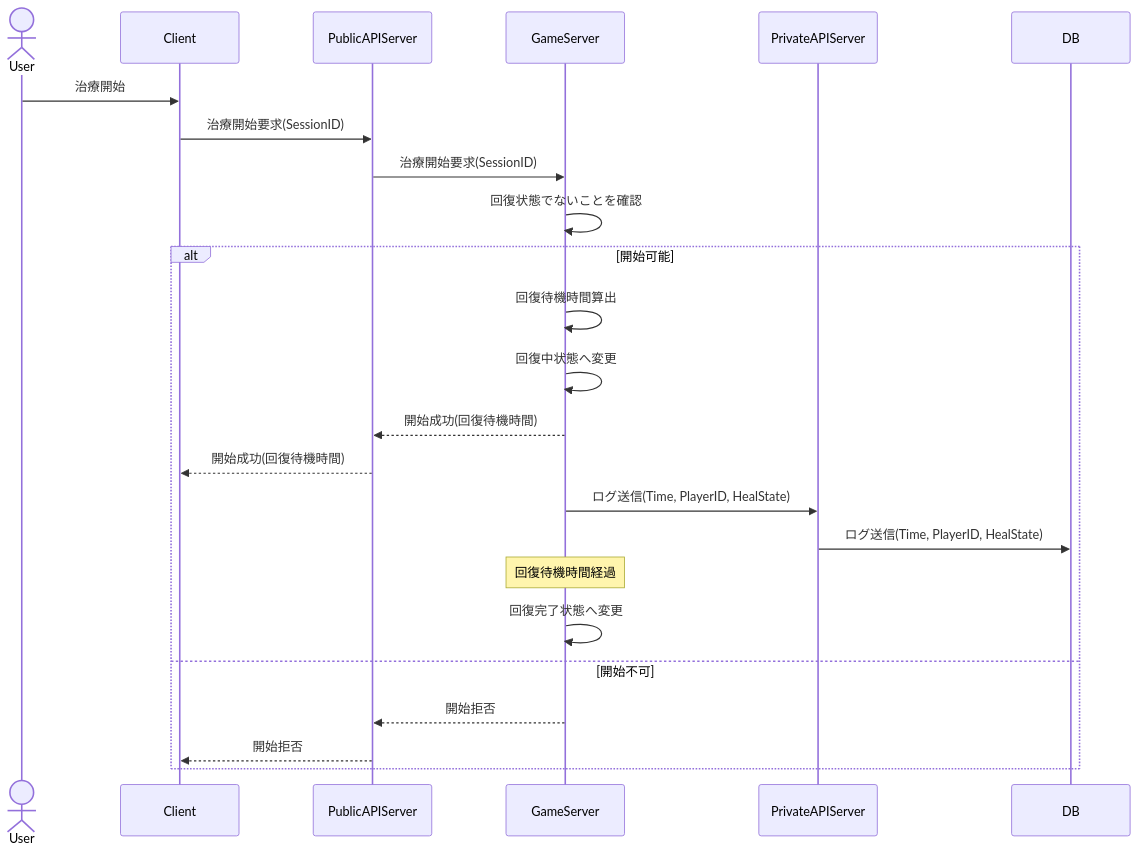
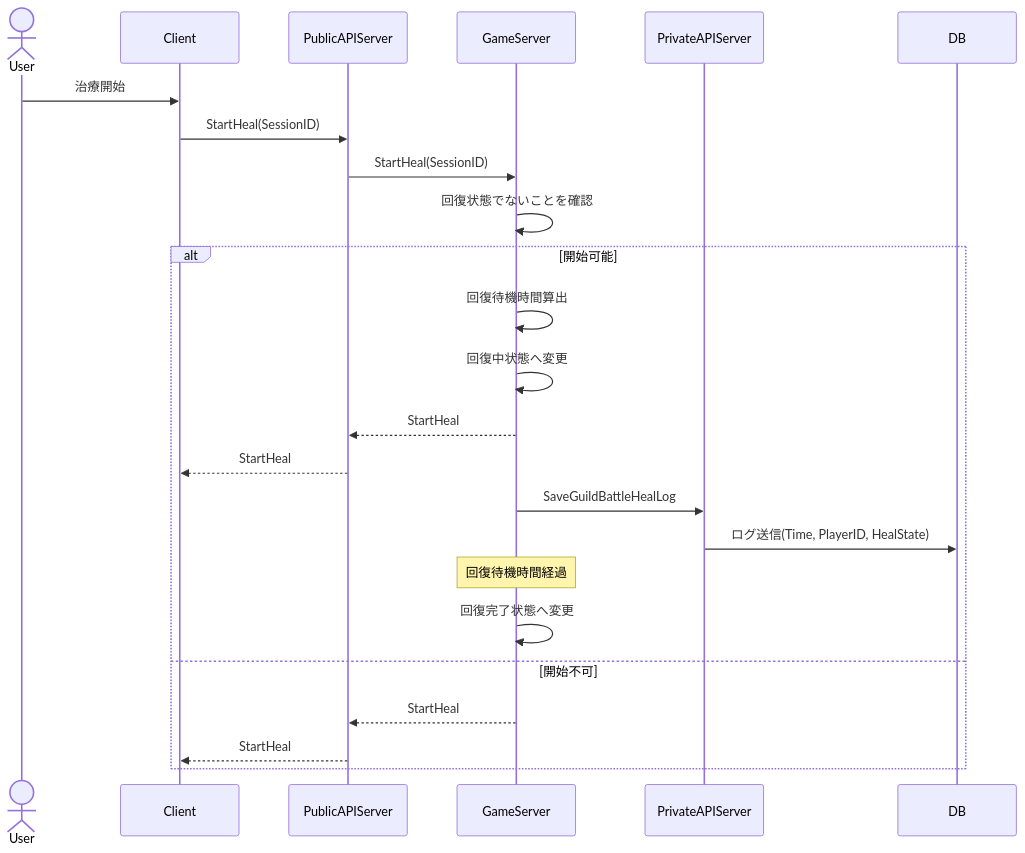
Diagram 11 of 17 in guild_battle.md (ReHydrangeaOdyssey/Specifications), drawn with Mermaid before and after one commit. The commit also changed other lines of this file and 15 other files, not shown here.

````diff
--- a/guild_battle.md
+++ b/guild_battle.md
@@ -781,32 +801,32 @@
 ```mermaid
 sequenceDiagram
     actor User
     participant Client
     participant PublicAPIServer
     participant GameServer
     participant PrivateAPIServer
     participant DB
 
     User->>Client: 治療開始
-    Client->>PublicAPIServer: 治療開始要求(SessionID)
-    PublicAPIServer->>GameServer: 治療開始要求(SessionID)
+    Client->>PublicAPIServer: StartHeal(SessionID)
+    PublicAPIServer->>GameServer: StartHeal(SessionID)
 
     GameServer->>GameServer: 回復状態でないことを確認
 
     alt 開始可能
         GameServer->>GameServer: 回復待機時間算出
         GameServer->>GameServer: 回復中状態へ変更
-        GameServer-->>PublicAPIServer: 開始成功(回復待機時間)
-        PublicAPIServer-->>Client: 開始成功(回復待機時間)
+        GameServer-->>PublicAPIServer: StartHeal
+        PublicAPIServer-->>Client: StartHeal
 
-        GameServer ->> PrivateAPIServer: ログ送信(Time, PlayerID, HealState)
+        GameServer ->> PrivateAPIServer: SaveGuildBattleHealLog
         PrivateAPIServer ->> DB: ログ送信(Time, PlayerID, HealState)
 
         Note over GameServer: 回復待機時間経過
 
         GameServer->>GameServer: 回復完了状態へ変更
     else 開始不可
-        GameServer-->>PublicAPIServer: 開始拒否
-        PublicAPIServer-->>Client: 開始拒否
+        GameServer-->>PublicAPIServer: StartHeal
+        PublicAPIServer-->>Client: StartHeal
     end
 ```
````
